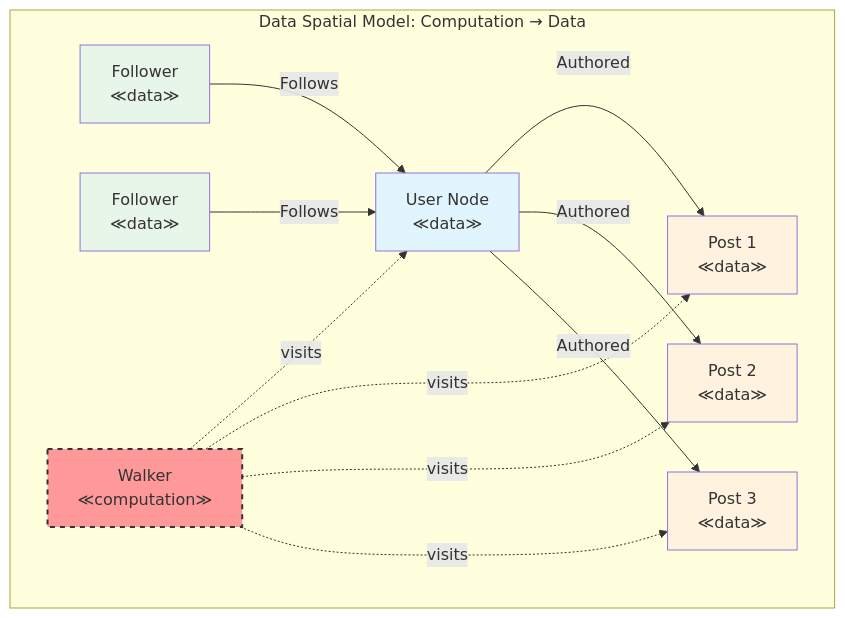
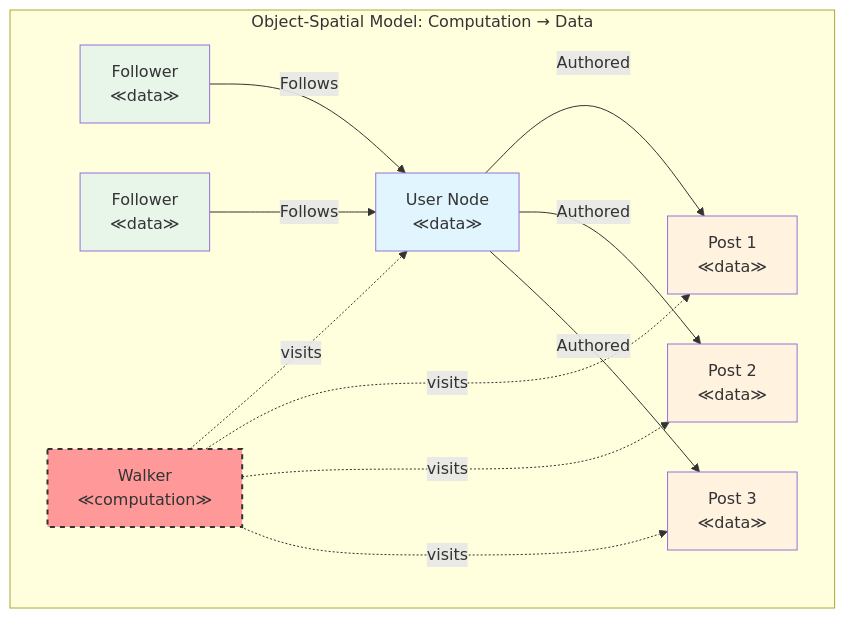
Before and after one commit to Gorgeous-Patrick/jaseci: the second of 4 diagrams in docs/docs/jac_book/chapter_6.md, drawn with Mermaid. The commit also changed other lines of this file and 87 other files, not shown here.

Commit message:
Data spatial is now Object-spatial

````diff
--- a/docs/docs/jac_book/chapter_6.md
+++ b/docs/docs/jac_book/chapter_6.md
@@ -96,32 +96,32 @@
 ```mermaid
 graph TB
-    subgraph "Data Spatial Model: Computation → Data"
+    subgraph "Object-Spatial Model: Computation → Data"
         U[User Node<br/>≪data≫]
         P1[Post 1<br/>≪data≫]
         P2[Post 2<br/>≪data≫]
         P3[Post 3<br/>≪data≫]
         F1[Follower<br/>≪data≫]
         F2[Follower<br/>≪data≫]
 
         W[Walker<br/>≪computation≫]
 
         U -->|Authored| P1
         U -->|Authored| P2
         U -->|Authored| P3
         F1 -->|Follows| U
         F2 -->|Follows| U
 
         W -.->|visits| U
         W -.->|visits| P1
         W -.->|visits| P2
         W -.->|visits| P3
 
         style U fill:#e1f5fe
         style P1 fill:#fff3e0
         style P2 fill:#fff3e0
         style P3 fill:#fff3e0
         style F1 fill:#e8f5e9
         style F2 fill:#e8f5e9
         style W fill:#ff9999,stroke:#333,stroke-width:2px,stroke-dasharray: 5 5
     end
 ```
````
